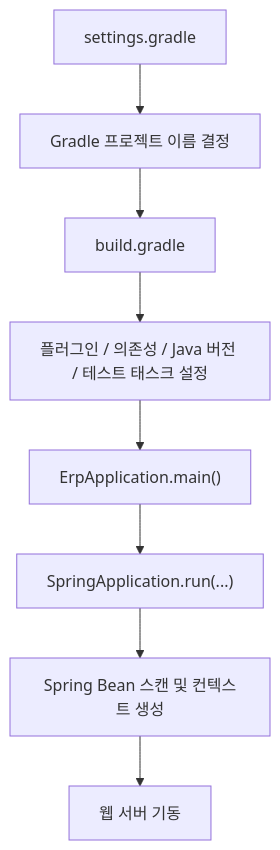
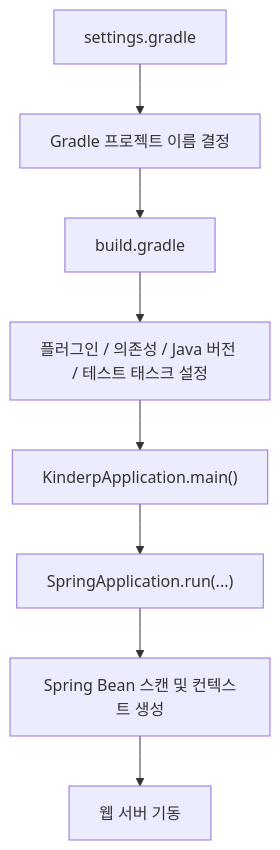
The diagram in blog/02-gradle-spring-boot-bootstrap.md (answndud/kinderp), drawn with Mermaid before and after one commit. The commit also changed other lines of this file and 718 other files, not shown here.

````diff
--- a/blog/02-gradle-spring-boot-bootstrap.md
+++ b/blog/02-gradle-spring-boot-bootstrap.md
@@ -542,10 +542,10 @@
 ```mermaid
 flowchart TD
     A["settings.gradle"] --> B["Gradle 프로젝트 이름 결정"]
     B --> C["build.gradle"]
     C --> D["플러그인 / 의존성 / Java 버전 / 테스트 태스크 설정"]
-    D --> E["ErpApplication.main()"]
+    D --> E["KinderpApplication.main()"]
     E --> F["SpringApplication.run(...)"]
     F --> G["Spring Bean 스캔 및 컨텍스트 생성"]
     G --> H["웹 서버 기동"]
 ```
````
